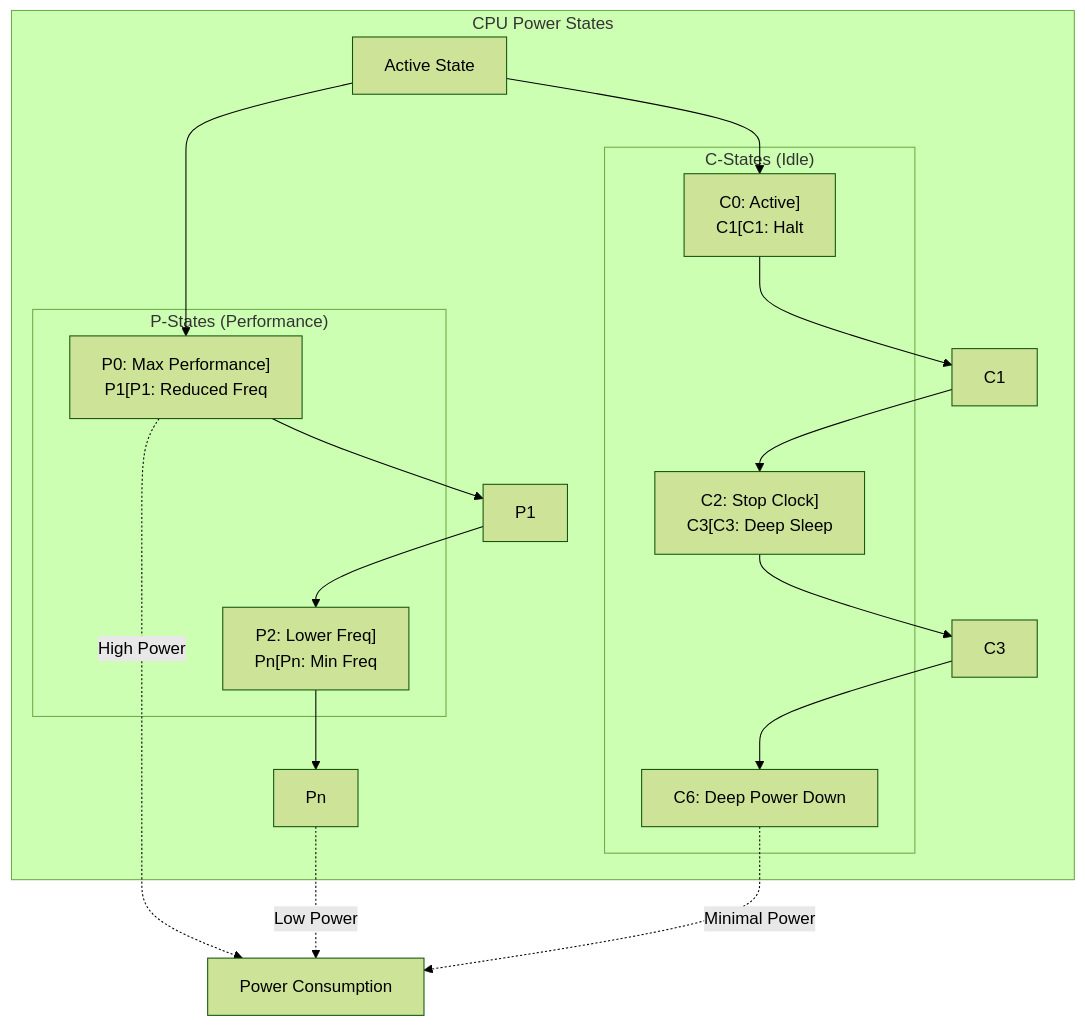
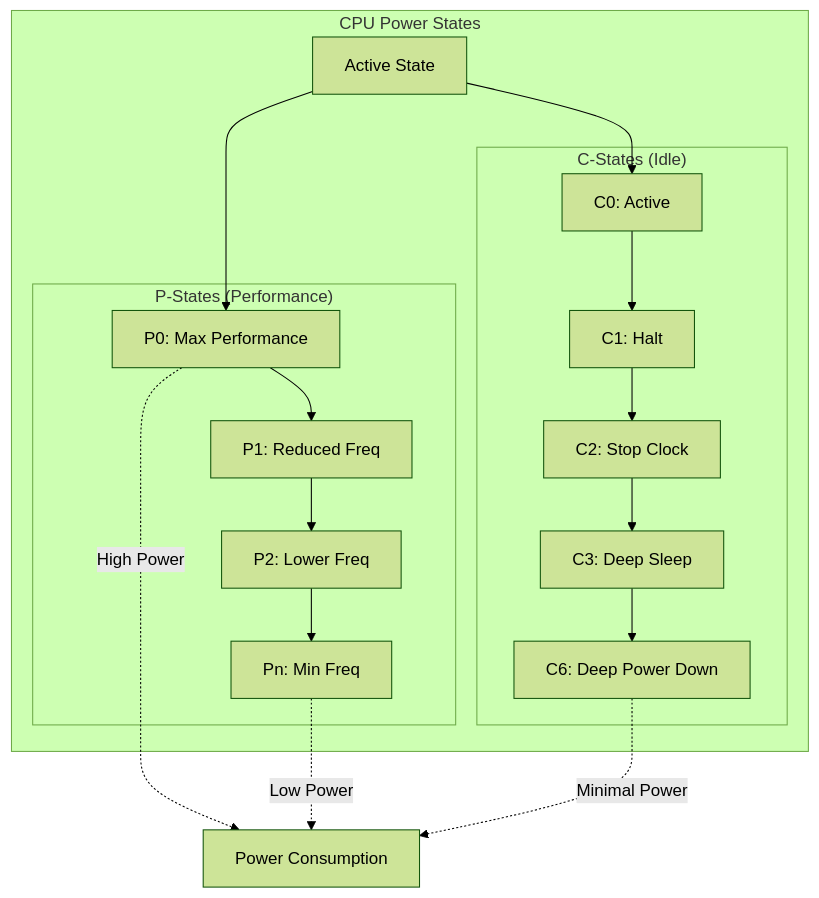
One commit to choru-k/choru-wiki changed the diagram in docs/cs/guide/chapter-02-cpu-interrupt/02-05-02-power-management.md. Above: the diagram before and after it, drawn with Mermaid (forest theme). The commit also changed 2 other files, not shown here.

Commit message:
docs: enhance Mermaid diagram troubleshooting guide in CLAUDE.md
- Add comprehensive SequenceDiagram specific troubleshooting section
- Document common syntax errors and solutions for Korean text in diagrams
- Include examples of problematic vs. corrected Mermaid syntax
- Provide best practices for diagram validation and maintenance

New troubleshooting patterns added:
- Korean text quoting in participant declarations
- Style declaration issues in sequence diagrams
- Unicode arrow character replacements
- HTML tag handling in diagram labels

This documentation will help prevent and quickly resolve Mermaid diagram
syntax issues in future development work.

🤖 Generated with [Claude Code](https://claude.ai/code)

````diff
--- a/docs/cs/guide/chapter-02-cpu-interrupt/02-05-02-power-management.md
+++ b/docs/cs/guide/chapter-02-cpu-interrupt/02-05-02-power-management.md
@@ -182,36 +182,36 @@
 ```mermaid
 graph TB
     subgraph "CPU Power States"
         Active[Active State]
 
         subgraph "P-States (Performance)"
-            P0["P0: Max Performance]
-            P1[P1: Reduced Freq"]
-            P2["P2: Lower Freq]
-            Pn[Pn: Min Freq"]
+            P0["P0: Max Performance"]
+            P1["P1: Reduced Freq"]
+            P2["P2: Lower Freq"]
+            Pn["Pn: Min Freq"]
         end
 
         subgraph "C-States (Idle)"
-            C0["C0: Active]
-            C1[C1: Halt"]
-            C2["C2: Stop Clock]
-            C3[C3: Deep Sleep"]
-            C6[C6: Deep Power Down]
+            C0["C0: Active"]
+            C1["C1: Halt"]
+            C2["C2: Stop Clock"]
+            C3["C3: Deep Sleep"]
+            C6["C6: Deep Power Down"]
         end
 
         Active --> P0
         P0 --> P1
         P1 --> P2
         P2 --> Pn
 
         Active --> C0
         C0 --> C1
         C1 --> C2
         C2 --> C3
         C3 --> C6
     end
 
-    P0 -.->|"High Power"| Power[Power Consumption]
+    P0 -.->|"High Power"| Power["Power Consumption"]
     Pn -.->|"Low Power"| Power
     C6 -.->|"Minimal Power"| Power
 ```
````
